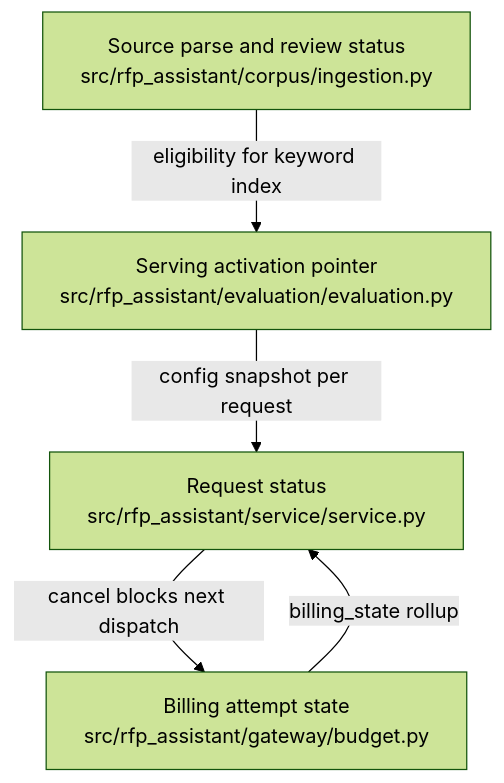
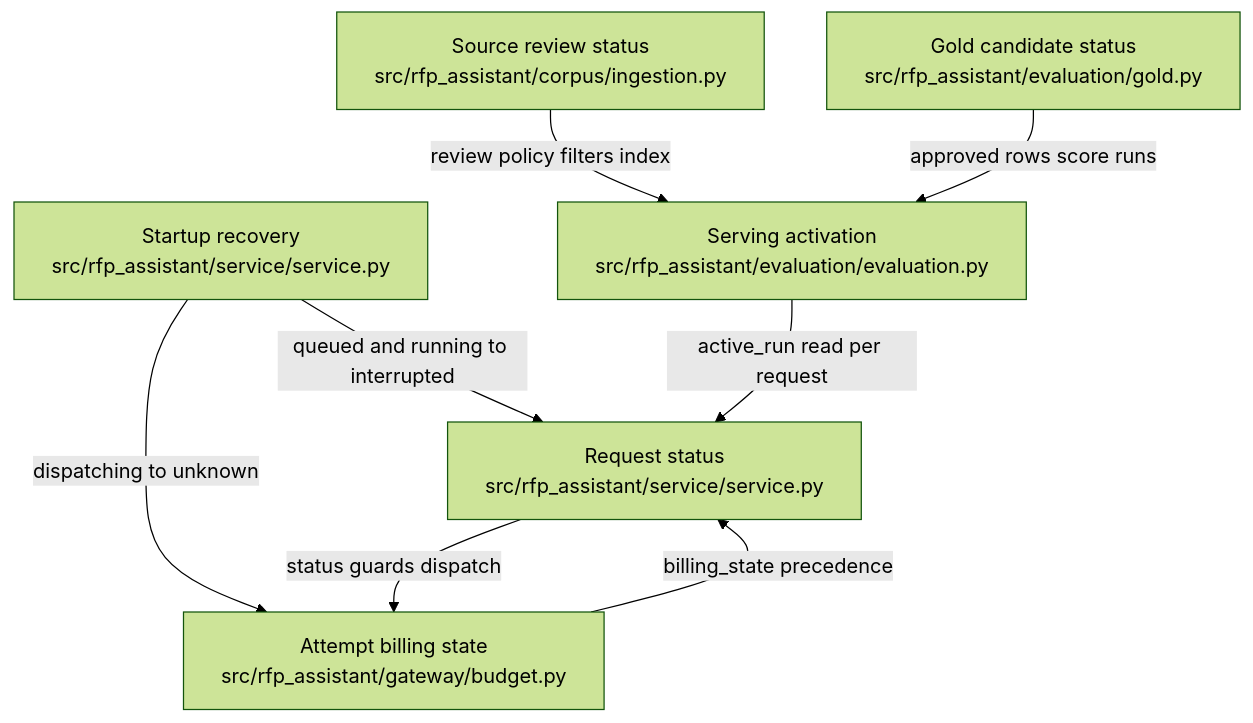
The diagram in .omm/state-transitions/diagram.mmd (littleeeeebit/project-codeit-mid), drawn with Mermaid (forest theme) before and after one commit. The commit also changed 353 other files, not shown here.

Commit message:
Refresh wiki and architecture before merge

```diff
--- a/.omm/state-transitions/diagram.mmd
+++ b/.omm/state-transitions/diagram.mmd
@@ -1,9 +1,8 @@
 graph TD
-  request-states["Request status\nsrc/rfp_assistant/service/service.py"]
-  billing-attempt-states["Billing attempt state\nsrc/rfp_assistant/gateway/budget.py"]
-  source-review-states["Source parse and review status\nsrc/rfp_assistant/corpus/ingestion.py"]
-  serving-activation["Serving activation pointer\nsrc/rfp_assistant/evaluation/evaluation.py"]
-  request-states -->|cancel blocks next dispatch| billing-attempt-states
-  billing-attempt-states -->|billing_state rollup| request-states
-  source-review-states -->|eligibility for keyword index| serving-activation
-  serving-activation -->|config snapshot per request| request-states
+  recovery["Startup recovery\nsrc/rfp_assistant/service/service.py"] -->|queued and running to interrupted| request["Request status\nsrc/rfp_assistant/service/service.py"]
+  recovery -->|dispatching to unknown| attempt["Attempt billing state\nsrc/rfp_assistant/gateway/budget.py"]
+  request -->|status guards dispatch| attempt
+  attempt -->|billing_state precedence| request
+  extraction["Source review status\nsrc/rfp_assistant/corpus/ingestion.py"] -->|review policy filters index| activation["Serving activation\nsrc/rfp_assistant/evaluation/evaluation.py"]
+  candidate["Gold candidate status\nsrc/rfp_assistant/evaluation/gold.py"] -->|approved rows score runs| activation
+  activation -->|active_run read per request| request
```
